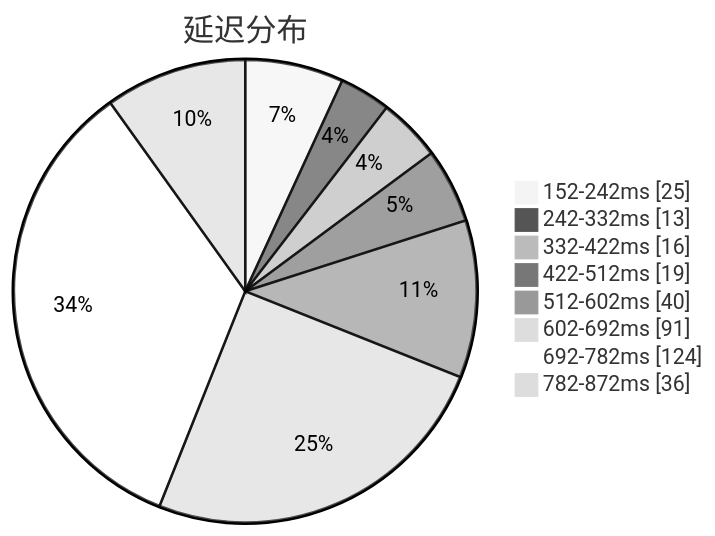
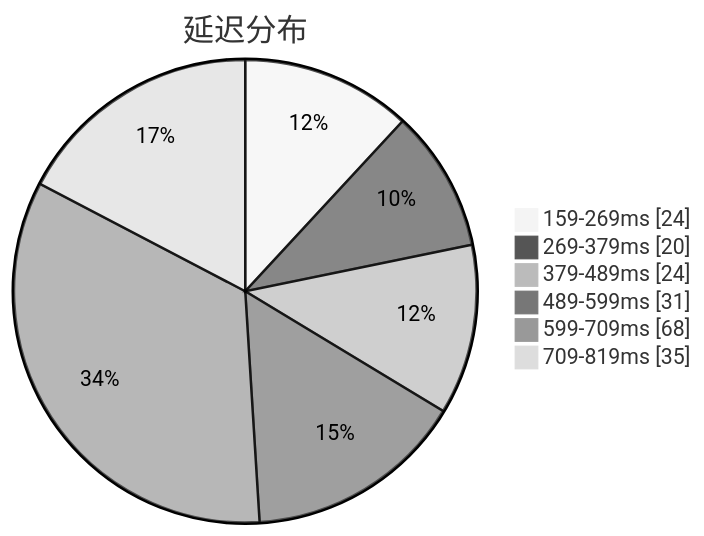
One commit to qjlxg/airport changed the first of 3 diagrams in subs/statistics/tested_within.md. Above: the diagram before and after it, drawn with Mermaid (neutral theme). The commit also changed other lines of this file and 2 other files, not shown here.

Commit message:
Tested by metaST

````diff
--- a/subs/statistics/tested_within.md
+++ b/subs/statistics/tested_within.md
@@ -2,12 +2,10 @@
 ```mermaid
 pie showData
 title 延迟分布
-"152-242ms" : 25
-"242-332ms" : 13
-"332-422ms" : 16
-"422-512ms" : 19
-"512-602ms" : 40
-"602-692ms" : 91
-"692-782ms" : 124
-"782-872ms" : 36
+"159-269ms" : 24
+"269-379ms" : 20
+"379-489ms" : 24
+"489-599ms" : 31
+"599-709ms" : 68
+"709-819ms" : 35
 ```
````
